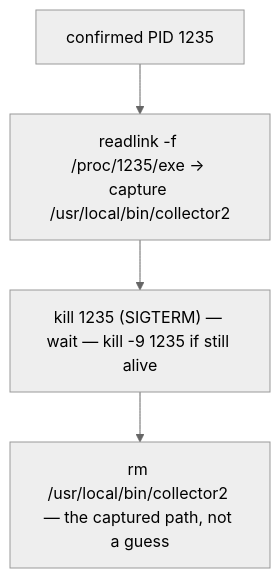
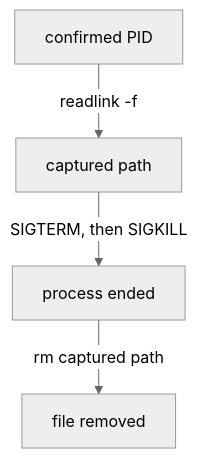
The diagram in sections/section-010/module-05/course-03-from-confirmed-process-to-safe-cleanup.md (astrona-io/ATS002), drawn with Mermaid (neutral theme) before and after one commit. The commit also changed other lines of this file and 615 other files, not shown here.

````diff
--- a/sections/section-010/module-05/course-03-from-confirmed-process-to-safe-cleanup.md
+++ b/sections/section-010/module-05/course-03-from-confirmed-process-to-safe-cleanup.md
@@ -47,6 +64,6 @@
 ```mermaid
-flowchart TD
-    P["confirmed PID 1235"] --> C["readlink -f /proc/1235/exe → capture /usr/local/bin/collector2"]
-    C --> K["kill 1235 (SIGTERM) — wait — kill -9 1235 if still alive"]
-    K --> RM["rm /usr/local/bin/collector2 — the captured path, not a guess"]
+flowchart TB
+    P["confirmed PID"] -->|"readlink -f"| C["captured path"]
+    C -->|"SIGTERM, then SIGKILL"| K["process ended"]
+    K -->|"rm captured path"| R["file removed"]
 ```
````
